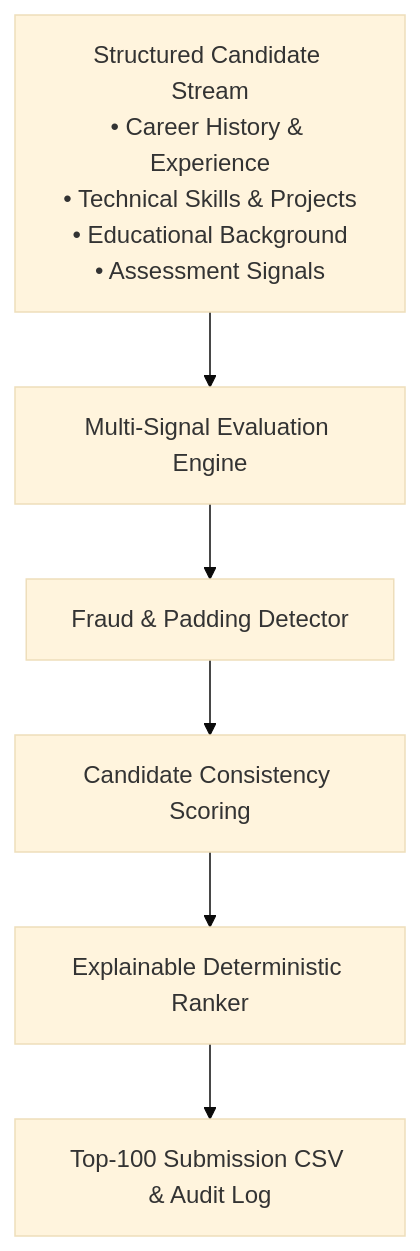
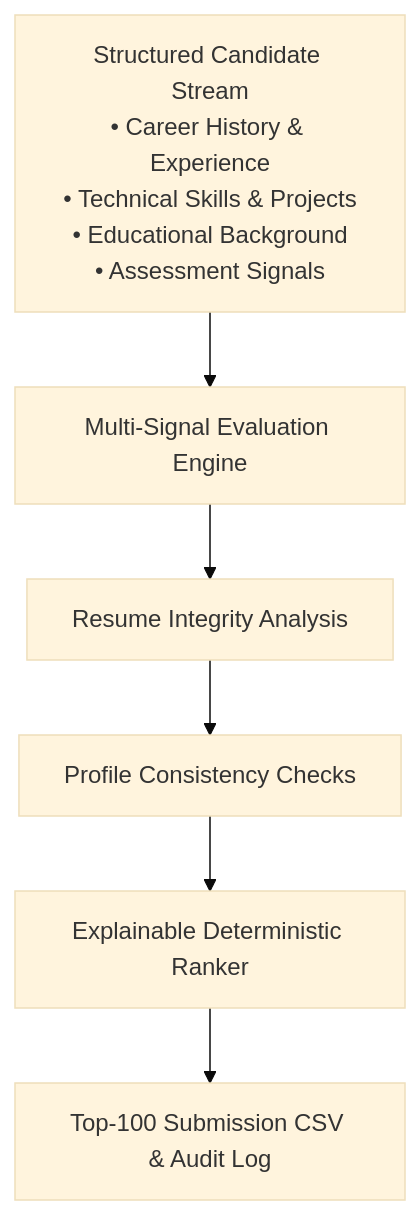
The second of 2 diagrams in README.md (Anub-356/TalentForge-AI), drawn with Mermaid (base theme) before and after one commit. The commit also changed other lines of this file, not shown here.

Commit message:
docs: align terminology with conservative heuristic checks and add prominent Project Scope box

````diff
--- a/README.md
+++ b/README.md
@@ -94,8 +100,8 @@
 ```mermaid
 flowchart TD
     Inputs["Structured Candidate Stream<br/>• Career History & Experience<br/>• Technical Skills & Projects<br/>• Educational Background<br/>• Assessment Signals"] --> Eval["Multi-Signal Evaluation Engine"]
-    Eval --> Fraud["Fraud & Padding Detector"]
-    Fraud --> Trust["Candidate Consistency Scoring"]
+    Eval --> Fraud["Resume Integrity Analysis"]
+    Fraud --> Trust["Profile Consistency Checks"]
     Trust --> Rank["Explainable Deterministic Ranker"]
     Rank --> Output["Top-100 Submission CSV & Audit Log"]
 ```
````
